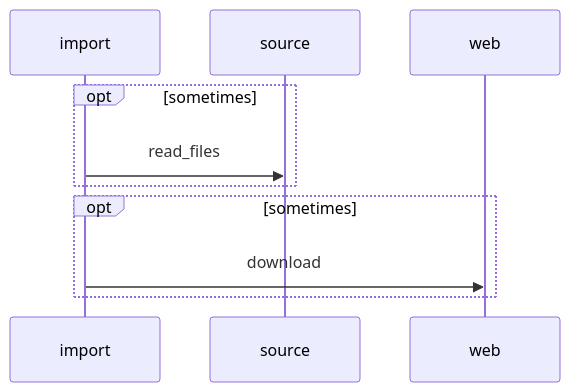
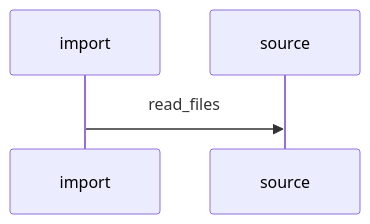
Before and after one commit to rabalyn/shale: the first of 2 diagrams in docs/dataflow/import-programs.md, drawn with Mermaid. The commit also changed other lines of this file and 5 other files, not shown here.

First line of the commit message:
Import dataflow: files and web drops are flows of their own, no span for tidy (DEV-030)

````diff
--- a/docs/dataflow/import-programs.md
+++ b/docs/dataflow/import-programs.md
@@ -8,12 +8,6 @@
 ```mermaid
 sequenceDiagram
     participant import
     participant source
-    participant web
-    opt sometimes
-        import->>source: read_files
-    end
-    opt sometimes
-        import->>web: download
-    end
+    import->>source: read_files
 ```
````
